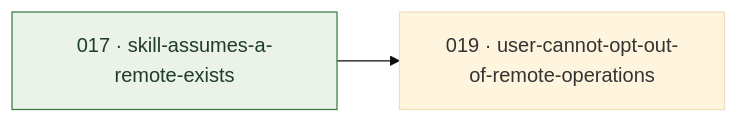
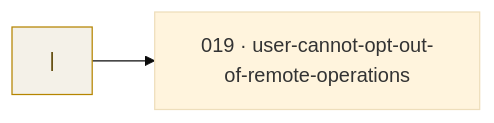
One commit to justmaniv/cannery-row changed the diagram in docs/task-board.md. Above: the diagram before and after it, drawn with Mermaid (base theme). The commit also changed other lines of this file and 6 other files, not shown here.

````diff
--- a/docs/task-board.md
+++ b/docs/task-board.md
@@ -33,9 +35,9 @@
 ```mermaid
 graph LR
-  T017["017 · skill-assumes-a-remote-exists"]
+  X1["|"]
   T019["019 · user-cannot-opt-out-of-remote-operations"]
-  T017 --> T019
+  X1 --> T019
   classDef satisfied fill:#EAF2EA,stroke:#3A7D44,color:#1F3D24;
   classDef external fill:#F4F1E8,stroke:#B58500,color:#5A4300;
-  class T017 satisfied
+  class X1 external
 ```
````
